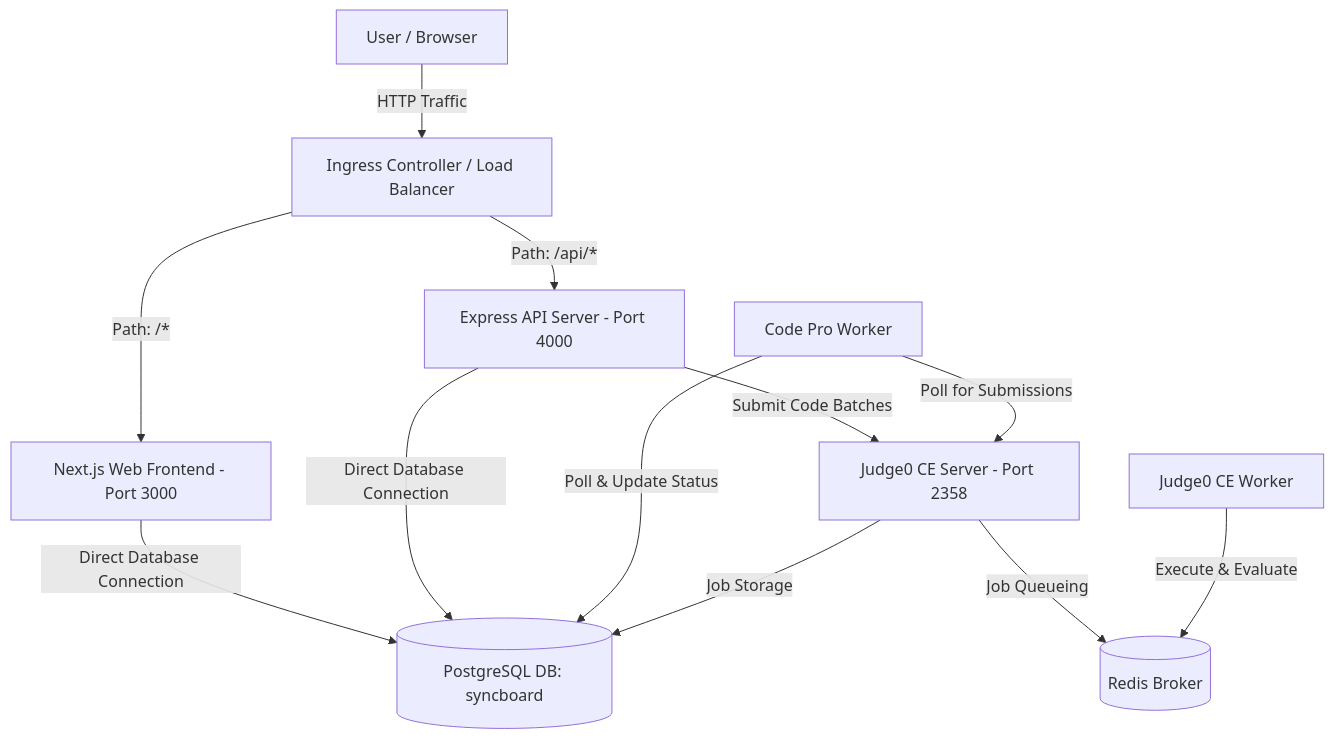
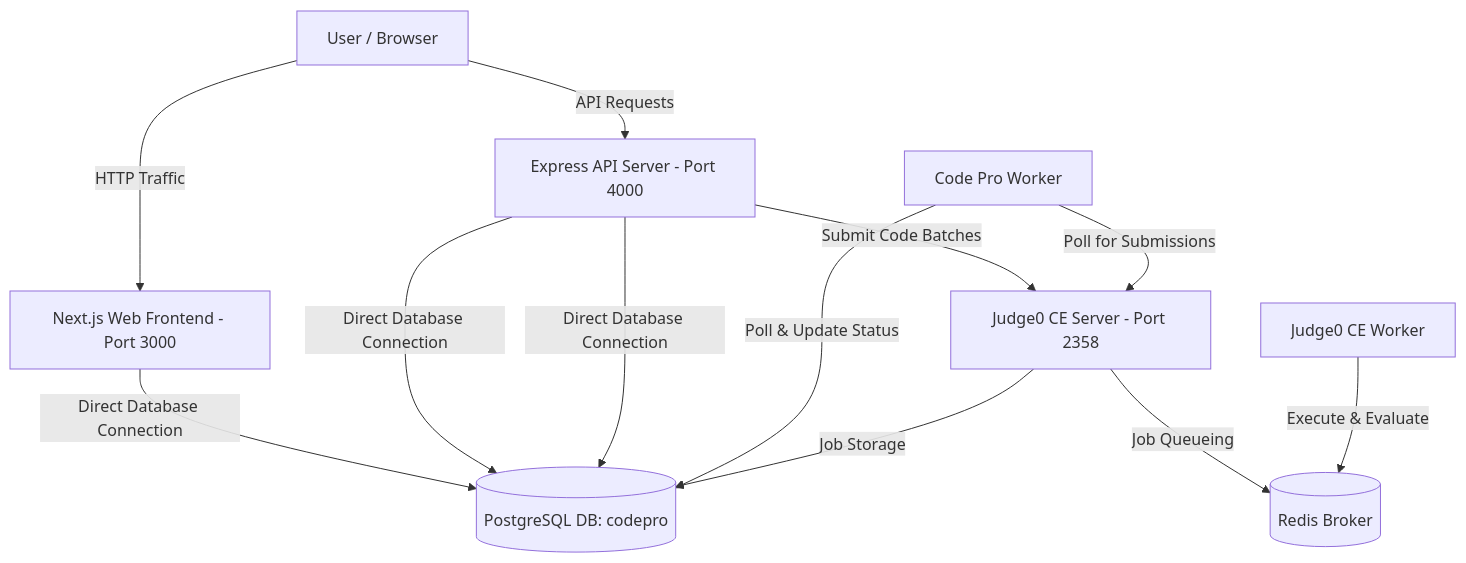
One commit to AkshatG-coder/codePro changed the diagram in DEPLOYMENT.md. Above: the diagram before and after it, drawn with Mermaid. The commit also changed other lines of this file and 4 other files, not shown here.

````diff
--- a/DEPLOYMENT.md
+++ b/DEPLOYMENT.md
@@ -19,18 +19,17 @@
 ```mermaid
 graph TD
-    Client[User / Browser] -->|HTTP Traffic| Ingress[Ingress Controller / Load Balancer]
+    Client[User / Browser] -->|HTTP Traffic| Web[Next.js Web Frontend - Port 3000]
+    Client -->|API Requests| API[Express API Server - Port 4000]
     
-    Ingress -->|Path: /api/*| API[Express API Server - Port 4000]
-    Ingress -->|Path: /*| Web[Next.js Web Frontend - Port 3000]
-    
-    Web -->|Direct Database Connection| DB[(PostgreSQL DB: syncboard)]
+    Web -->|Direct Database Connection| DB[(PostgreSQL DB: codepro)]
+    API -->|Direct Database Connection| DB
     API -->|Direct Database Connection| DB
     Worker[Code Pro Worker] -->|Poll & Update Status| DB
     
     API -->|Submit Code Batches| JServer[Judge0 CE Server - Port 2358]
     Worker -->|Poll for Submissions| JServer
     
     JServer -->|Job Storage| DB
     JServer -->|Job Queueing| Redis[(Redis Broker)]
     JWorker[Judge0 CE Worker] -->|Execute & Evaluate| Redis
 ```
````
